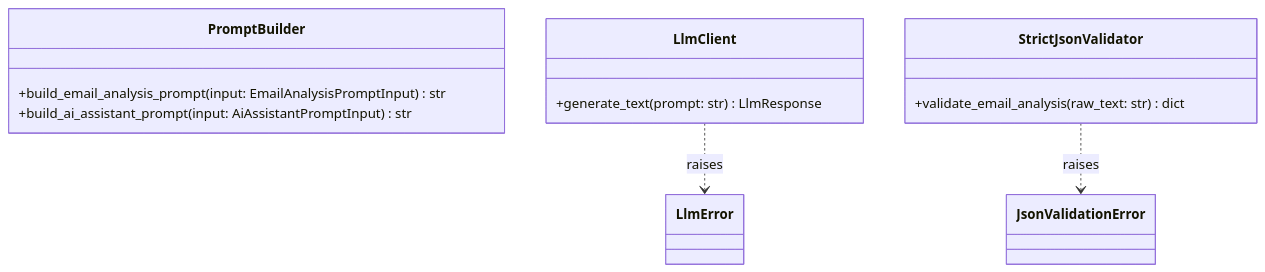
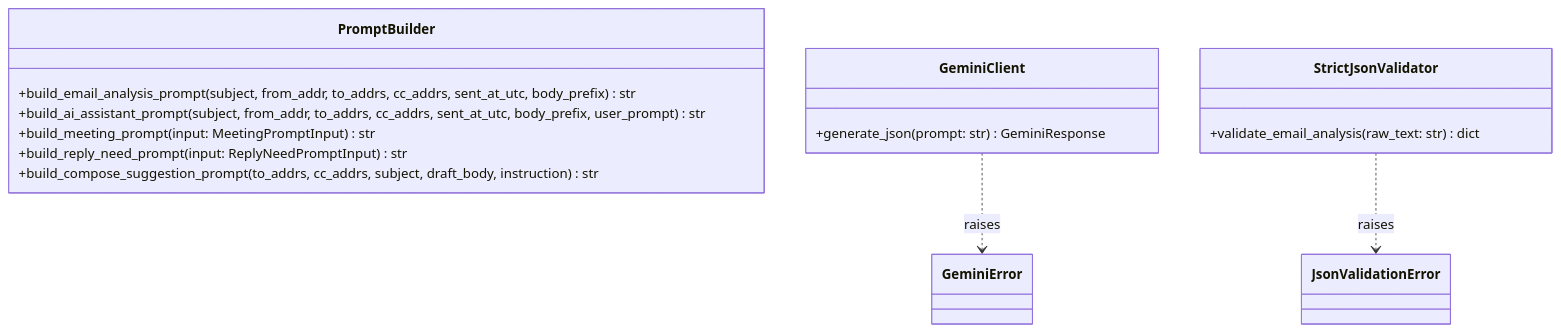
Before and after one commit to XunSong02/OutlookPlus: diagram 12 of 20 in backend/backend_specification_Modules.md, drawn with Mermaid. The commit also changed other lines of this file and 8 other files, not shown here.

````diff
--- a/backend/backend_specification_Modules.md
+++ b/backend/backend_specification_Modules.md
@@ -926,17 +1060,20 @@
 ```mermaid
 classDiagram
 	class PromptBuilder {
-		+build_email_analysis_prompt(input: EmailAnalysisPromptInput) str
-		+build_ai_assistant_prompt(input: AiAssistantPromptInput) str
+		+build_email_analysis_prompt(subject, from_addr, to_addrs, cc_addrs, sent_at_utc, body_prefix) str
+		+build_ai_assistant_prompt(subject, from_addr, to_addrs, cc_addrs, sent_at_utc, body_prefix, user_prompt) str
+		+build_meeting_prompt(input: MeetingPromptInput) str
+		+build_reply_need_prompt(input: ReplyNeedPromptInput) str
+		+build_compose_suggestion_prompt(to_addrs, cc_addrs, subject, draft_body, instruction) str
 	}
-	class LlmClient {
-		+generate_text(prompt: str) LlmResponse
+	class GeminiClient {
+		+generate_json(prompt: str) GeminiResponse
 	}
 	class StrictJsonValidator {
 		+validate_email_analysis(raw_text: str) dict
 	}
-	class LlmError
+	class GeminiError
 	class JsonValidationError
-	LlmClient ..> LlmError : raises
+	GeminiClient ..> GeminiError : raises
 	StrictJsonValidator ..> JsonValidationError : raises
 ```
````
